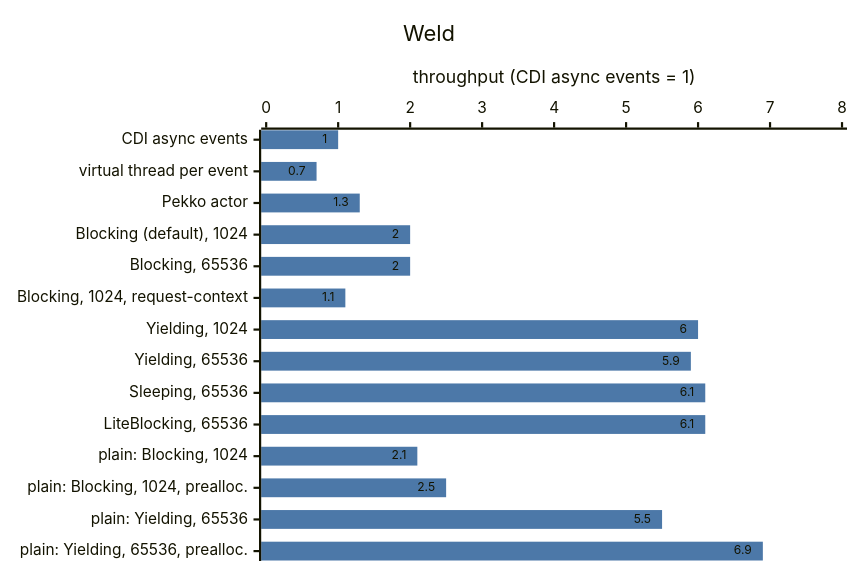
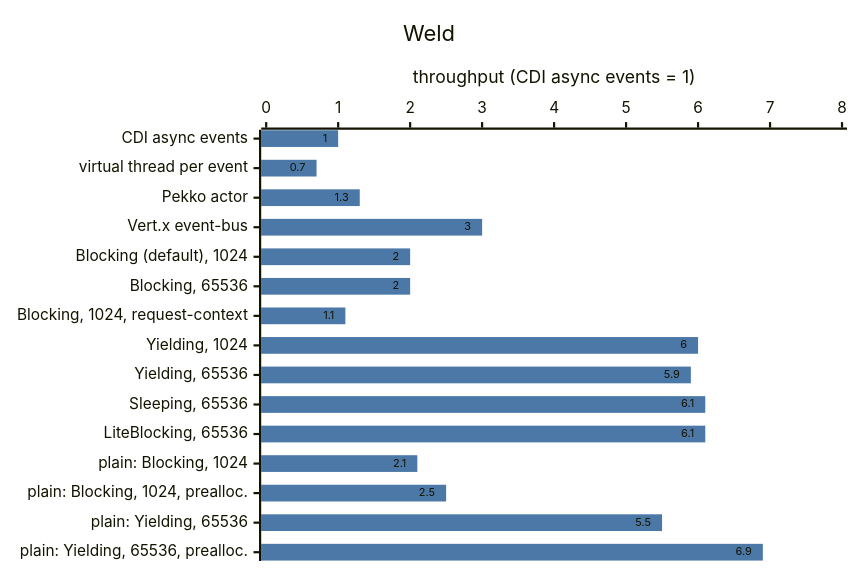
Before and after one commit to os890/cdi-disruptor-addon: the third of 4 diagrams in README.md, drawn with Mermaid. The commit also changed other lines of this file, not shown here.

First line of the commit message:
Add the Eclipse Vert.x event-bus to the README performance results

````diff
--- a/README.md
+++ b/README.md
@@ -302,16 +306,16 @@
 ```mermaid
 ---
 config:
   xyChart:
     width: 760
     showDataLabel: true
   themeVariables:
     xyChart:
       plotColorPalette: "#4C78A8"
 ---
 xychart-beta horizontal
     title "Weld"
-    x-axis ["CDI async events", "virtual thread per event", "Pekko actor", "Blocking (default), 1024", "Blocking, 65536", "Blocking, 1024, request-context", "Yielding, 1024", "Yielding, 65536", "Sleeping, 65536", "LiteBlocking, 65536", "plain: Blocking, 1024", "plain: Blocking, 1024, prealloc.", "plain: Yielding, 65536", "plain: Yielding, 65536, prealloc."]
+    x-axis ["CDI async events", "virtual thread per event", "Pekko actor", "Vert.x event-bus", "Blocking (default), 1024", "Blocking, 65536", "Blocking, 1024, request-context", "Yielding, 1024", "Yielding, 65536", "Sleeping, 65536", "LiteBlocking, 65536", "plain: Blocking, 1024", "plain: Blocking, 1024, prealloc.", "plain: Yielding, 65536", "plain: Yielding, 65536, prealloc."]
     y-axis "throughput (CDI async events = 1)" 0 --> 8
-    bar [1.0, 0.7, 1.3, 2.0, 2.0, 1.1, 6.0, 5.9, 6.1, 6.1, 2.1, 2.5, 5.5, 6.9]
+    bar [1.0, 0.7, 1.3, 3.0, 2.0, 2.0, 1.1, 6.0, 5.9, 6.1, 6.1, 2.1, 2.5, 5.5, 6.9]
 ```
````
